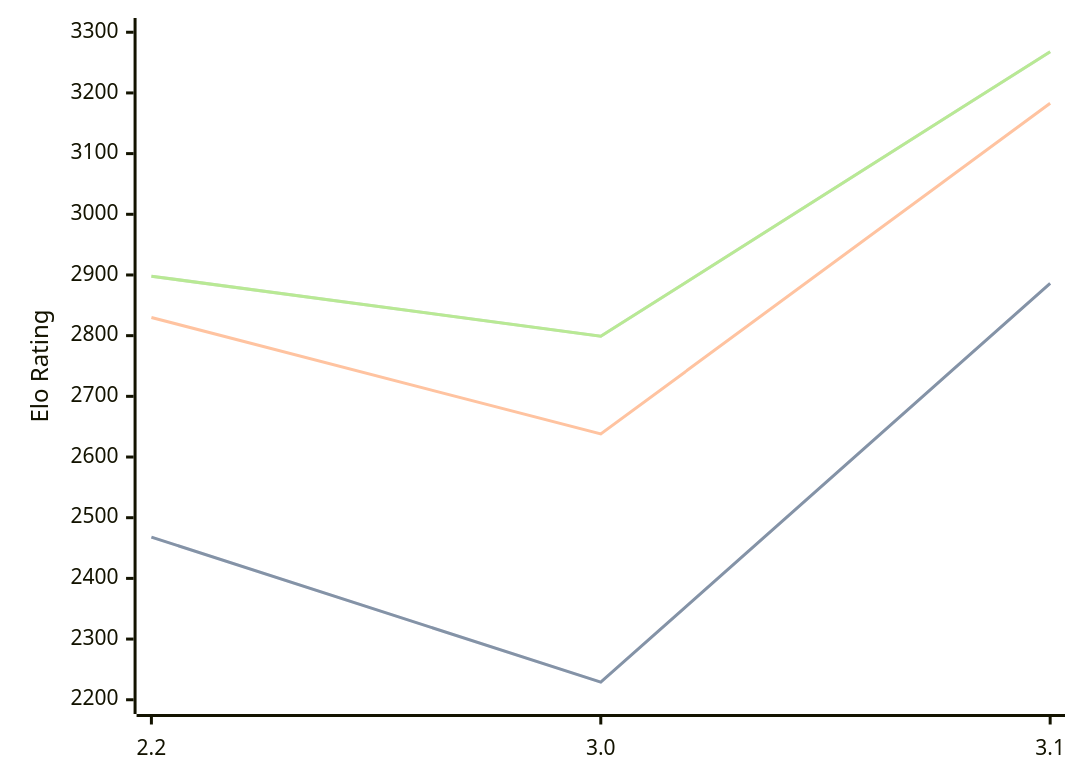
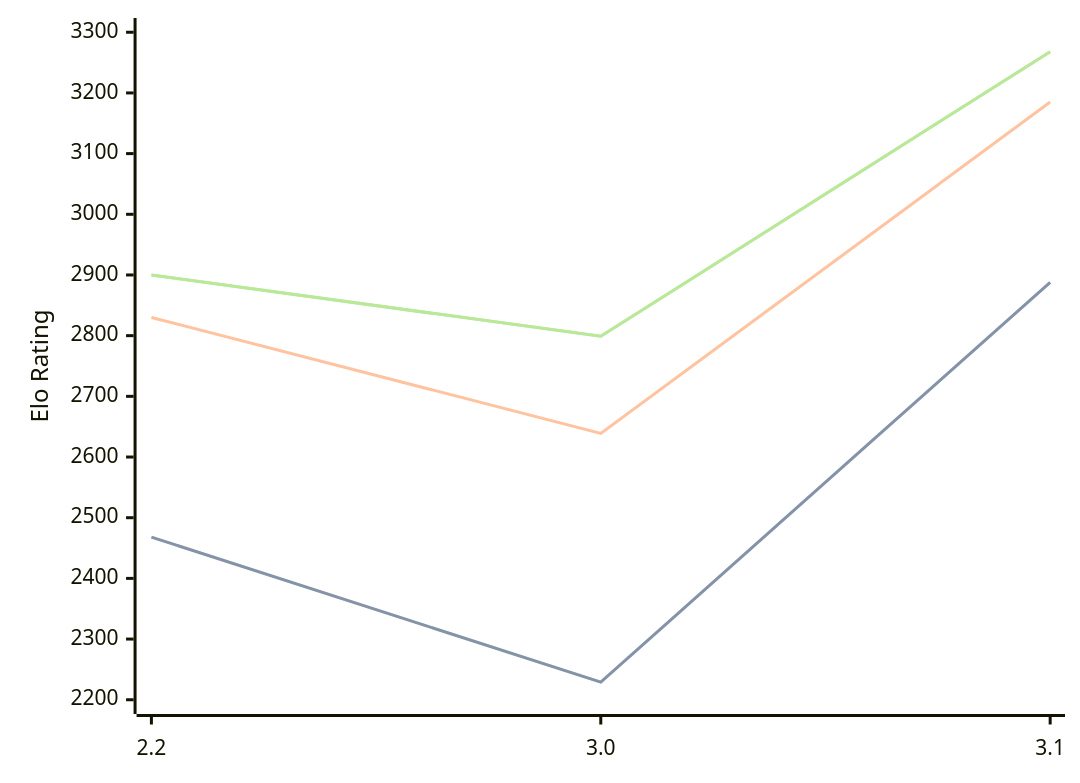
One commit to computer-chess-index/cci changed the diagram in engines/Thrawn.md. Above: the diagram before and after it, drawn with Mermaid. The commit also changed other lines of this file, not shown here.

Commit message:
Update CCI Ratings (ELO VLTC) - 2026-08-27

````diff
--- a/engines/Thrawn.md
+++ b/engines/Thrawn.md
@@ -33,11 +33,11 @@
 ```mermaid
 %%{init: {"theme":"base","themeVariables":{"seriesColors:['#a3a3a3','#222221','#faa371']}}}%%
 xychart-beta
   x-axis ["2.2", "3.0", "3.1"]
   y-axis "Elo Rating" 2200 --> 3300
-  line "STC (8.0+0.08s)" [2468, 2229, 2886]
-  line "STC (8.0+0.08s)" [2468, 2229, 2886]
-  line "LTC (60.0+0.60s)" [2830, 2638, 3183]
-  line "VLTC (2m24s+1.12s)" [2898, 2799, 3268]
-  line "VLTC (2m24s+1.12s)" [2898, 2799, 3268]
+  line "STC (8.0+0.08s)" [2468, 2229, 2888]
+  line "STC (8.0+0.08s)" [2468, 2229, 2888]
+  line "LTC (60.0+0.60s)" [2830, 2639, 3185]
+  line "VLTC (2m24s+1.12s)" [2900, 2799, 3268]
+  line "VLTC (2m24s+1.12s)" [2900, 2799, 3268]
 ```
````
